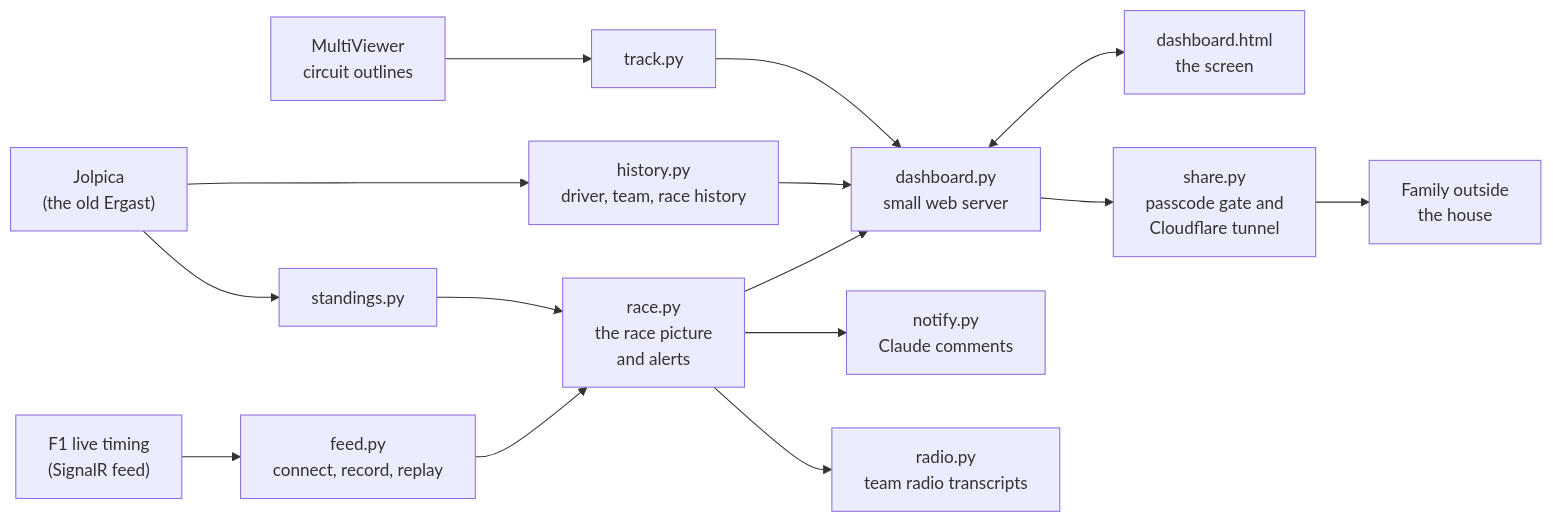
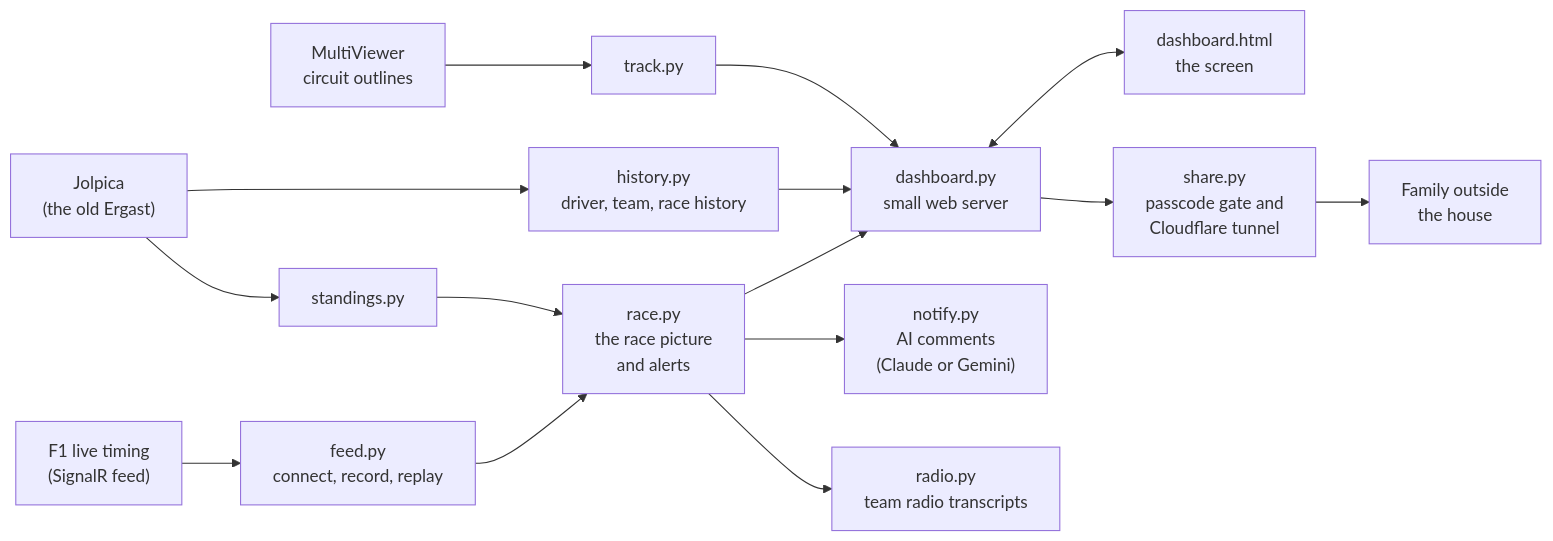
One commit to cs97jjm3/race-weekend-dashboard changed the diagram in HOW-IT-WORKS.md. Above: the diagram before and after it, drawn with Mermaid. The commit also changed other lines of this file and 6 other files, not shown here.

Commit message:
Gemini first, Claude as back-up for the commentary

````diff
--- a/HOW-IT-WORKS.md
+++ b/HOW-IT-WORKS.md
@@ -13,16 +13,16 @@
 ```mermaid
 flowchart LR
     F1["F1 live timing<br/>(SignalR feed)"] --> feed["feed.py<br/>connect, record, replay"]
     feed --> race["race.py<br/>the race picture<br/>and alerts"]
     race --> dash["dashboard.py<br/>small web server"]
     dash <--> page["dashboard.html<br/>the screen"]
-    race --> notify["notify.py<br/>Claude comments"]
+    race --> notify["notify.py<br/>AI comments<br/>(Claude or Gemini)"]
     race --> radio["radio.py<br/>team radio transcripts"]
     jolpica["Jolpica<br/>(the old Ergast)"] --> standings["standings.py"]
     jolpica --> history["history.py<br/>driver, team, race history"]
     standings --> race
     history --> dash
     mv["MultiViewer<br/>circuit outlines"] --> track["track.py"] --> dash
     dash --> share["share.py<br/>passcode gate and<br/>Cloudflare tunnel"]
     share --> family["Family outside<br/>the house"]
 ```
````
